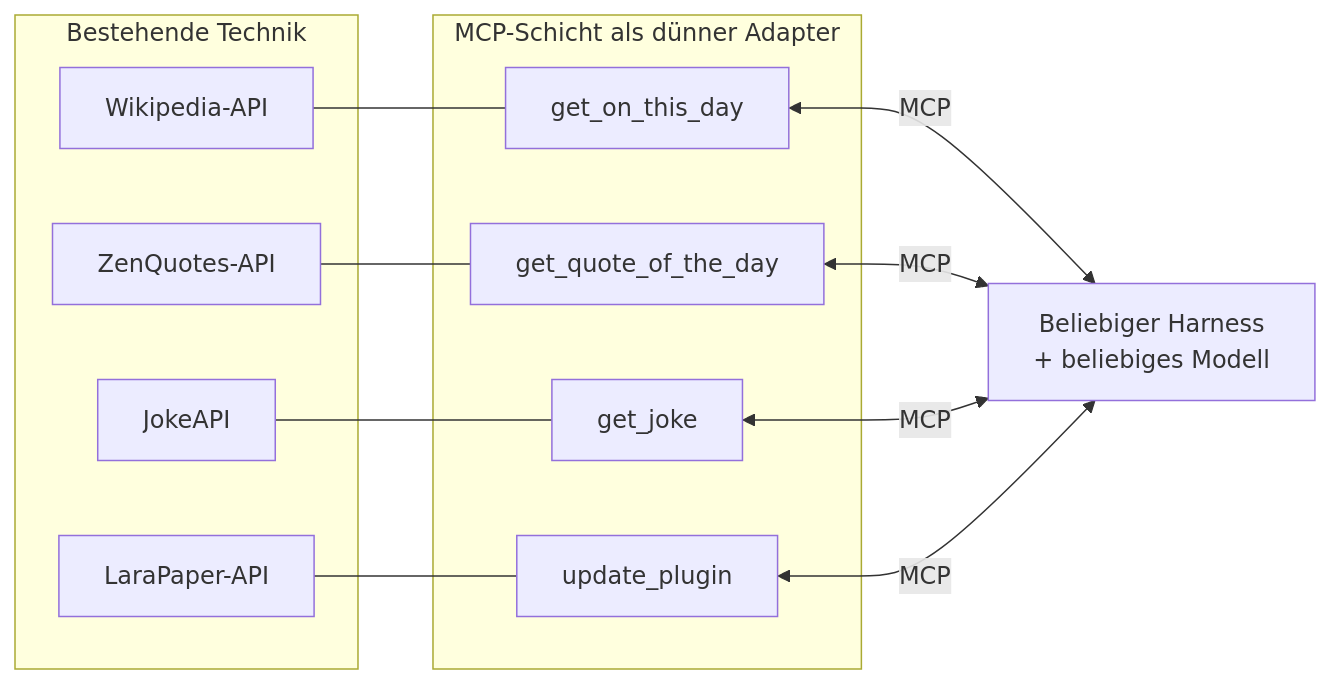
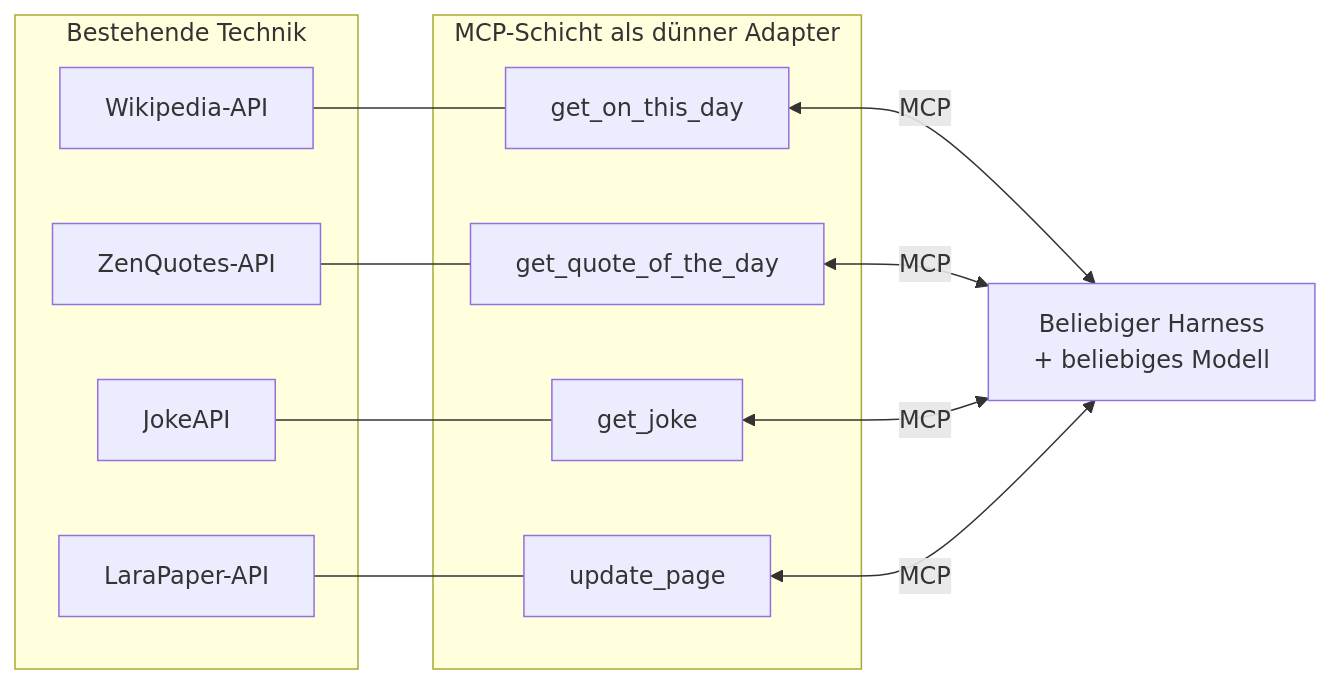
One commit to Stiriacus/TRMNL-MCP changed the first of 2 diagrams in docs-guide/05-api-zu-mcp.md. Above: the diagram before and after it, drawn with Mermaid. The commit also changed other lines of this file and 16 other files, not shown here.

````diff
--- a/docs-guide/05-api-zu-mcp.md
+++ b/docs-guide/05-api-zu-mcp.md
@@ -24,20 +24,20 @@
 ```mermaid
 flowchart LR
     subgraph vorher [Bestehende Technik]
         A1[Wikipedia-API]
         A2[ZenQuotes-API]
         A3[JokeAPI]
         A4[LaraPaper-API]
     end
     subgraph mcp [MCP-Schicht als dünner Adapter]
         T1[get_on_this_day]
         T2[get_quote_of_the_day]
         T3[get_joke]
-        T4[update_plugin]
+        T4[update_page]
     end
     A1 --- T1
     A2 --- T2
     A3 --- T3
     A4 --- T4
     T1 & T2 & T3 & T4 <-->|MCP| H[Beliebiger Harness<br/>+ beliebiges Modell]
 ```
````
